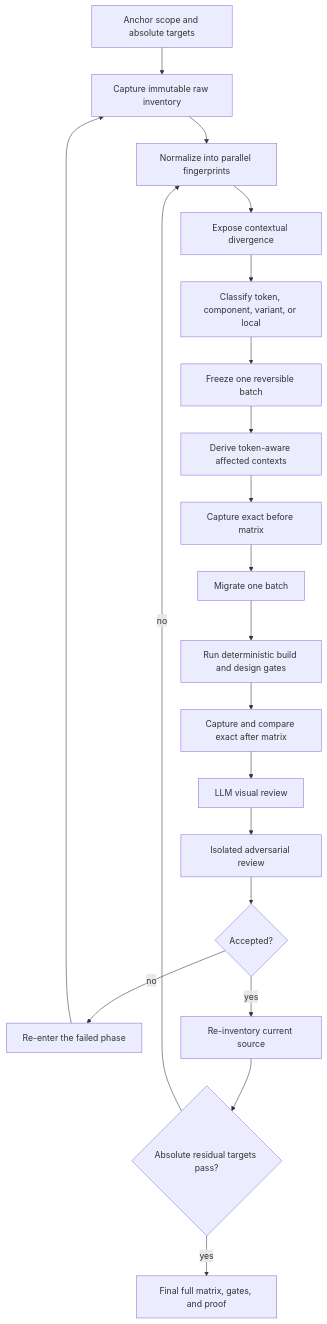
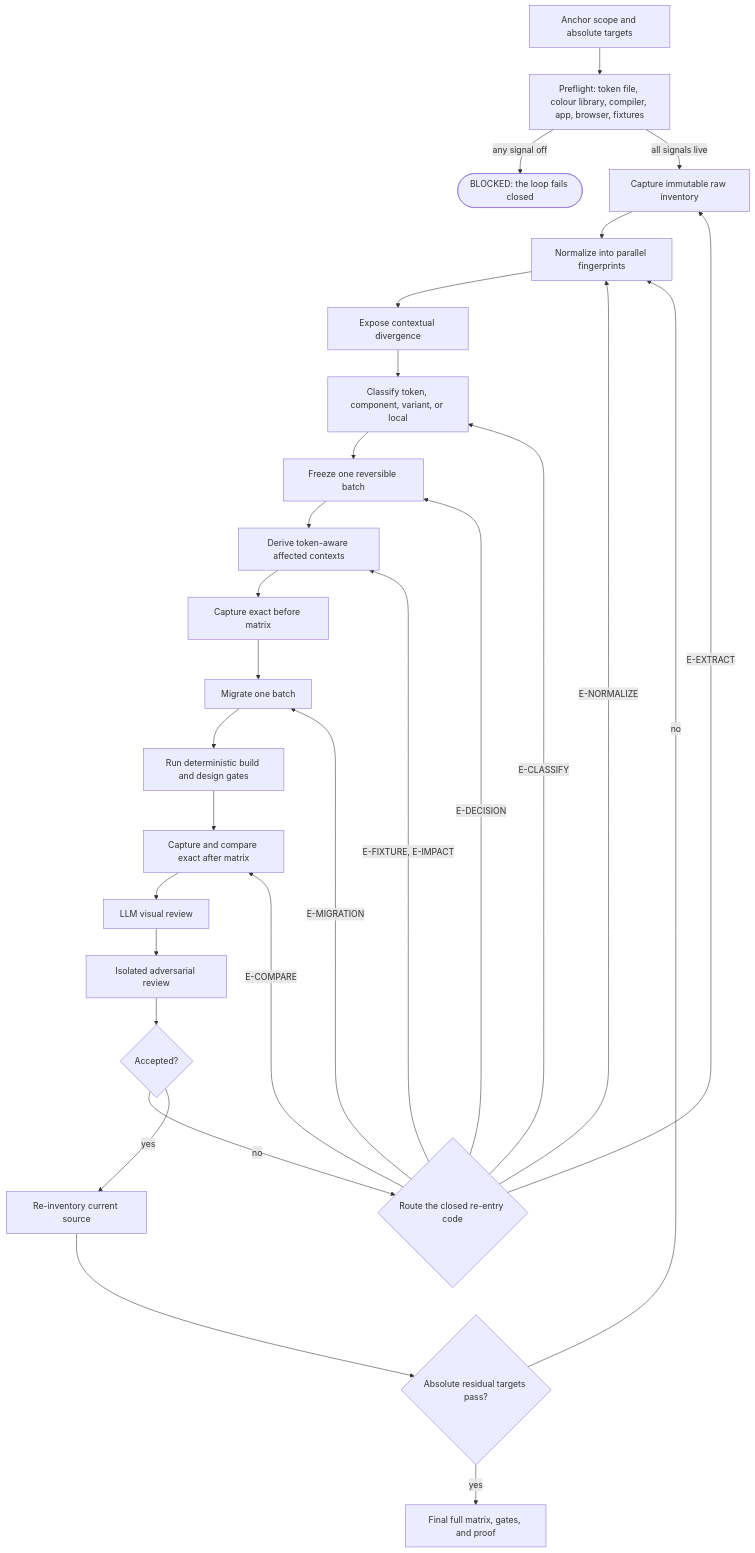
One commit to gutocarollo/ui-tokenizer changed the diagram in .claude/skills/tokenize-design-system/SKILL.md. Above: the diagram before and after it, drawn with Mermaid. The commit also changed other lines of this file and 33 other files, not shown here.

````diff
--- a/.claude/skills/tokenize-design-system/SKILL.md
+++ b/.claude/skills/tokenize-design-system/SKILL.md
@@ -133,22 +144,30 @@
 ```mermaid
 flowchart TD
-  A[Anchor scope and absolute targets] --> B[Capture immutable raw inventory]
+  A[Anchor scope and absolute targets] --> A1[Preflight: token file, colour library, compiler, app, browser, fixtures]
+  A1 -- "any signal off" --> A2([BLOCKED: the loop fails closed])
+  A1 -- all signals live --> B[Capture immutable raw inventory]
   B --> C[Normalize into parallel fingerprints]
   C --> D[Expose contextual divergence]
   D --> E[Classify token, component, variant, or local]
   E --> F[Freeze one reversible batch]
   F --> G[Derive token-aware affected contexts]
   G --> H[Capture exact before matrix]
   H --> I[Migrate one batch]
   I --> J[Run deterministic build and design gates]
   J --> K[Capture and compare exact after matrix]
   K --> L[LLM visual review]
   L --> M[Isolated adversarial review]
   M --> N{Accepted?}
-  N -- no --> O[Re-enter the failed phase]
-  O --> B
+  N -- no --> O{Route the closed re-entry code}
+  O -->|E-EXTRACT| B
+  O -->|E-NORMALIZE| C
+  O -->|E-CLASSIFY| E
+  O -->|E-DECISION| F
+  O -->|E-FIXTURE, E-IMPACT| G
+  O -->|E-MIGRATION| I
+  O -->|E-COMPARE| K
   N -- yes --> P[Re-inventory current source]
   P --> Q{Absolute residual targets pass?}
   Q -- no --> C
   Q -- yes --> R[Final full matrix, gates, and proof]
 ```
````
